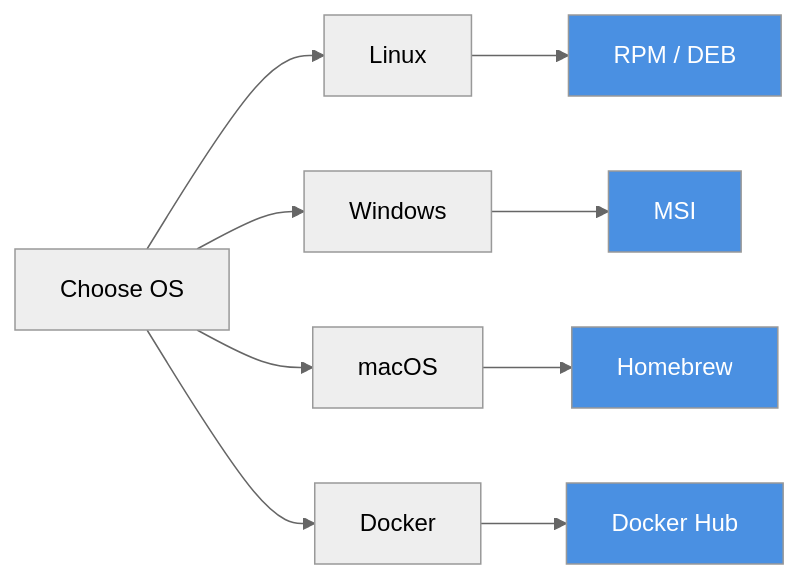
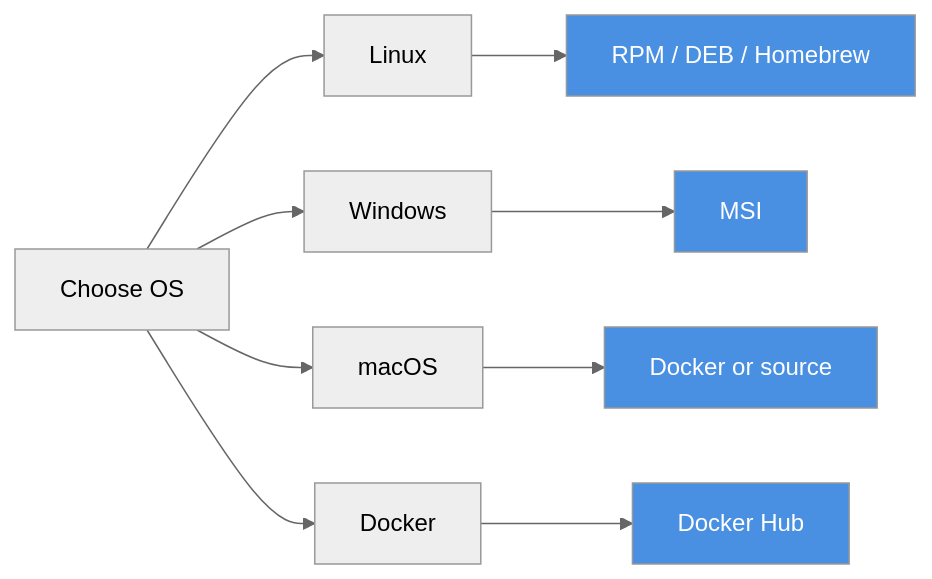
One commit to anvai-labs/proximaDB changed the diagram in docs/01-quick-start/install.md. Above: the diagram before and after it, drawn with Mermaid. The commit also changed other lines of this file and 8 other files, not shown here.

````diff
--- a/docs/01-quick-start/install.md
+++ b/docs/01-quick-start/install.md
@@ -5,18 +5,18 @@
 ```mermaid
 %%{init: {"theme": "neutral"}}%%
 flowchart LR
   A[Choose OS] --> B[Linux]
   A --> C[Windows]
   A --> D[macOS]
   A --> E[Docker]
 
-  B --> B1[RPM / DEB]
+  B --> B1[RPM / DEB / Homebrew]
   C --> C1[MSI]
-  D --> D1[Homebrew]
+  D --> D1[Docker or source]
   E --> E1[Docker Hub]
 
   style B1 fill:#4a90e2,color:#fff
   style C1 fill:#4a90e2,color:#fff
   style D1 fill:#4a90e2,color:#fff
   style E1 fill:#4a90e2,color:#fff
 ```
````
